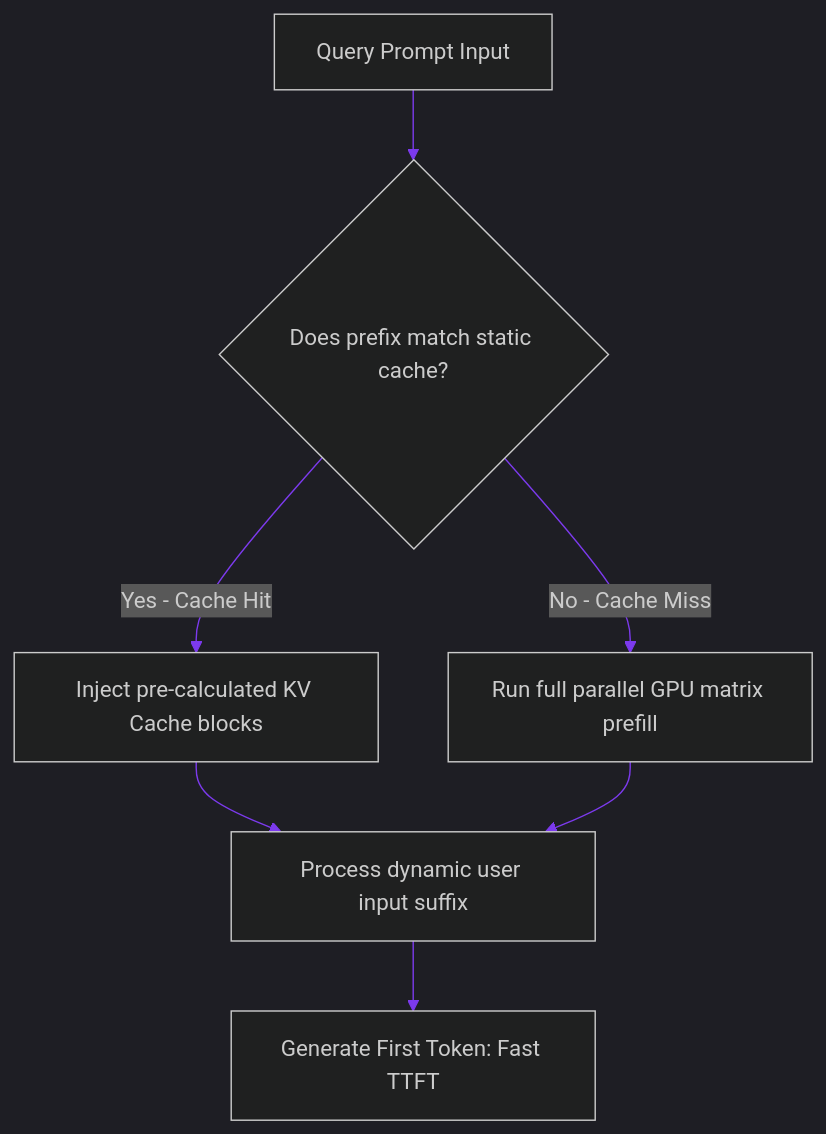
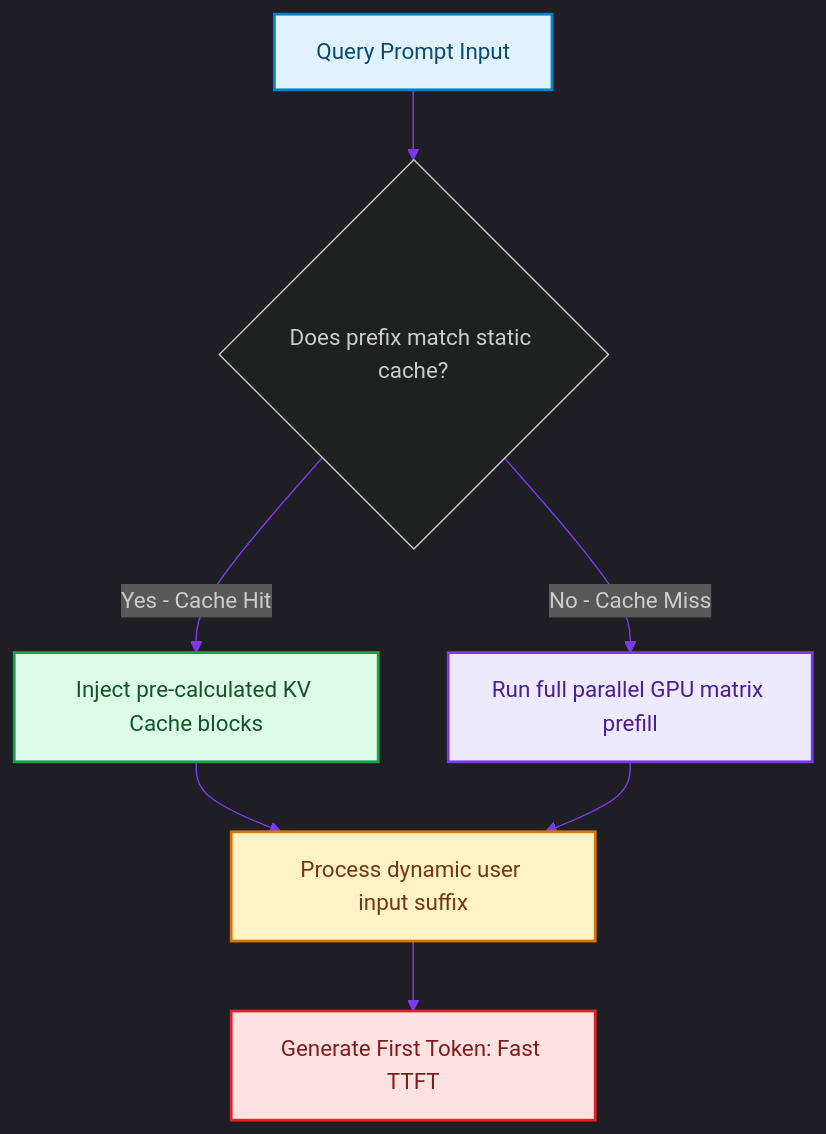
The diagram in blog/posts/serving-context-prefill-acceleration-kv-cache-reuse.md (akmalkhaniub/akmalkhaniub.github.io), drawn with Mermaid before and after one commit. The commit also changed other lines of this file and 1291 other files, not shown here.

First line of the commit message:
feat(catalog): unique covers, scholarly references, and diagram palettes

````diff
--- a/blog/posts/serving-context-prefill-acceleration-kv-cache-reuse.md
+++ b/blog/posts/serving-context-prefill-acceleration-kv-cache-reuse.md
@@ -16,13 +16,24 @@
 ```mermaid
 %%{init: {'theme': 'dark', 'themeVariables': { 'primaryColor': '#7c3aed', 'primaryTextColor': '#f3f4f6', 'primaryBorderColor': '#a78bfa', 'lineColor': '#7c3aed', 'secondaryColor': '#111827', 'tertiaryColor': '#0b0f19'}}}%%
 flowchart TD
-    Prompt[Query Prompt Input] --> Match{Does prefix match static cache?}
+    Prompt["Query Prompt Input"] --> Match{Does prefix match static cache?}
     
-    Match -->|Yes - Cache Hit| Reuse[Inject pre-calculated KV Cache blocks]
-    Match -->|No - Cache Miss| Prefill[Run full parallel GPU matrix prefill]
+    Match -->|Yes - Cache Hit| Reuse["Inject pre-calculated KV Cache blocks"]
+    Match -->|No - Cache Miss| Prefill["Run full parallel GPU matrix prefill"]
     
-    Reuse --> Suffix[Process dynamic user input suffix]
+    Reuse --> Suffix["Process dynamic user input suffix"]
     Prefill --> Suffix
     
-    Suffix --> Decode[Generate First Token: Fast TTFT]
+    Suffix --> Decode["Generate First Token: Fast TTFT"]
+
+classDef green fill:#dcfce7,stroke:#16a34a,stroke-width:2px,color:#14532d;
+classDef red fill:#fee2e2,stroke:#dc2626,stroke-width:2px,color:#7f1d1d;
+classDef blue fill:#e0f2fe,stroke:#0284c7,stroke-width:2px,color:#0c4a6e;
+classDef yellow fill:#fef3c7,stroke:#d97706,stroke-width:2px,color:#78350f;
+classDef purple fill:#ede9fe,stroke:#7c3aed,stroke-width:2px,color:#4c1d95;
+class Prompt blue
+class Reuse green
+class Prefill purple
+class Suffix yellow
+class Decode red
 ```
````
